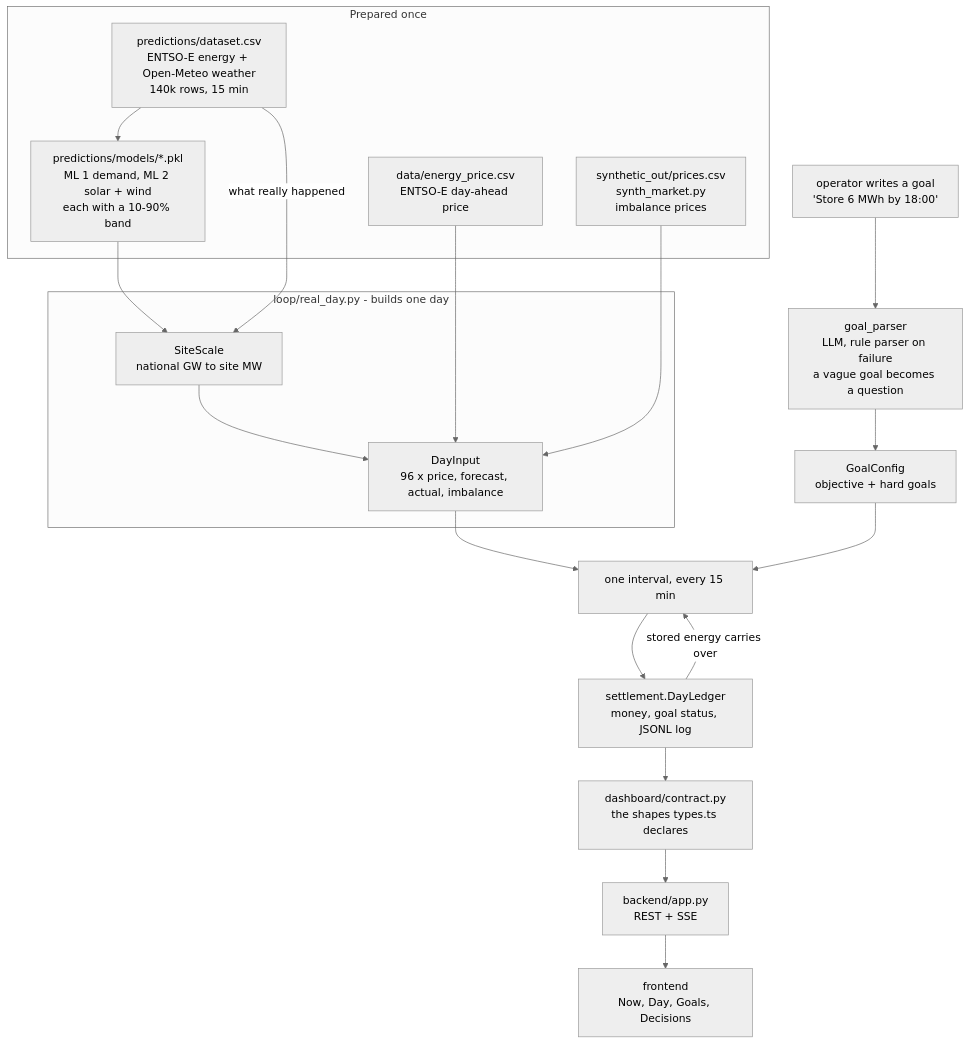
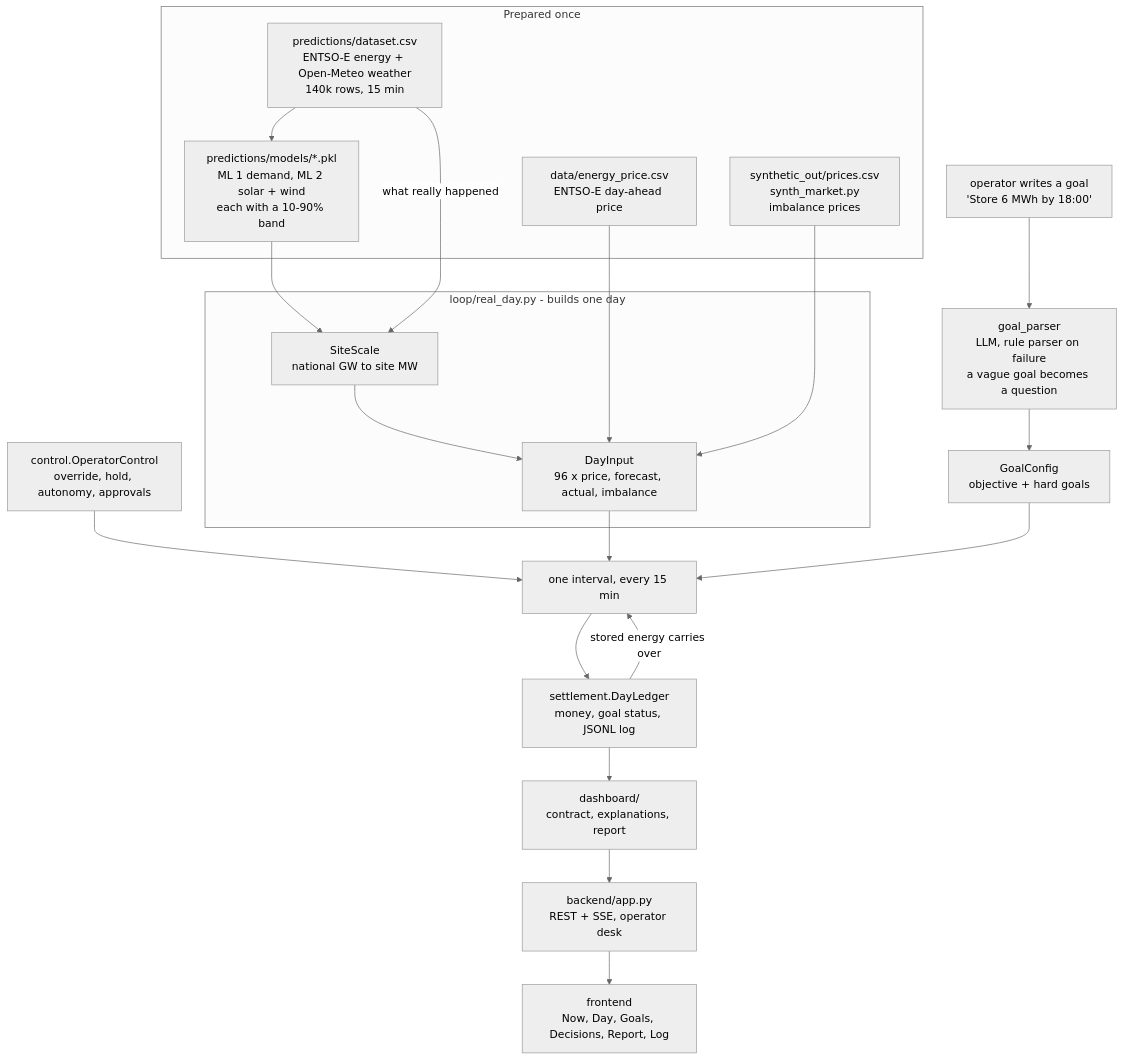
The first of 4 diagrams in README.md (TeodorLepadatu/GitRekt-smarthack2026), drawn with Mermaid (neutral theme) before and after one commit. The commit also changed other lines of this file, not shown here.

````diff
--- a/README.md
+++ b/README.md
@@ -28,32 +161,33 @@
 ```mermaid
 flowchart TB
     subgraph prep["Prepared once"]
         DATASET["predictions/dataset.csv<br/>ENTSO-E energy + Open-Meteo weather<br/>140k rows, 15 min"]
         DAPRICE["data/energy_price.csv<br/>ENTSO-E day-ahead price"]
         IMBCSV["synthetic_out/prices.csv<br/>synth_market.py<br/>imbalance prices"]
         MODELS["predictions/models/*.pkl<br/>ML 1 demand, ML 2 solar + wind<br/>each with a 10-90% band"]
         DATASET --> MODELS
     end
 
     subgraph build["loop/real_day.py - builds one day"]
         SCALE["SiteScale<br/>national GW to site MW"]
         DAYIN["DayInput<br/>96 x price, forecast, actual, imbalance"]
     end
 
     MODELS --> SCALE
     DATASET -->|"what really happened"| SCALE
     SCALE --> DAYIN
     DAPRICE --> DAYIN
     IMBCSV --> DAYIN
 
     GOALTXT["operator writes a goal<br/>'Store 6 MWh by 18:00'"] --> GP["goal_parser<br/>LLM, rule parser on failure<br/>a vague goal becomes a question"]
     GP --> GC["GoalConfig<br/>objective + hard goals"]
 
+    OP["control.OperatorControl<br/>override, hold, autonomy, approvals"] --> CYCLE
     DAYIN --> CYCLE["one interval, every 15 min"]
     GC --> CYCLE
     CYCLE --> LEDGER["settlement.DayLedger<br/>money, goal status, JSONL log"]
     LEDGER -->|"stored energy carries over"| CYCLE
-    LEDGER --> CONTRACT["dashboard/contract.py<br/>the shapes types.ts declares"]
-    CONTRACT --> BACKEND["backend/app.py<br/>REST + SSE"]
-    BACKEND --> UI["frontend<br/>Now, Day, Goals, Decisions"]
+    LEDGER --> CONTRACT["dashboard/<br/>contract, explanations, report"]
+    CONTRACT --> BACKEND["backend/app.py<br/>REST + SSE, operator desk"]
+    BACKEND --> UI["frontend<br/>Now, Day, Goals, Decisions, Report, Log"]
 ```
````
